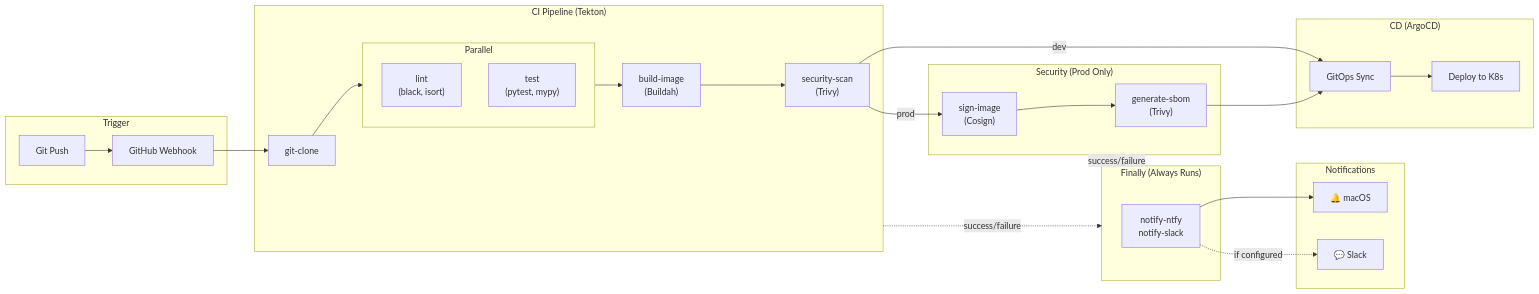
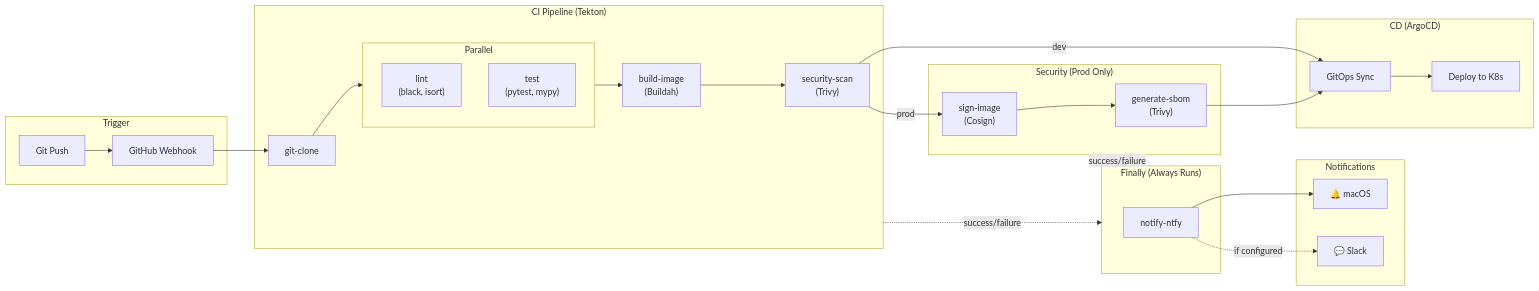
Before and after one commit to Deim0s13/newsbrief: the ninth of 11 diagrams in docs/ARCHITECTURE.md, drawn with Mermaid. The commit also changed 8 other files, not shown here.

First line of the commit message:
fix(tekton): drop Slack from pipelines; ntfy curl errors; idempotency tests

````diff
--- a/docs/ARCHITECTURE.md
+++ b/docs/ARCHITECTURE.md
@@ -824,54 +824,54 @@
 ```mermaid
 flowchart LR
     subgraph Trigger["Trigger"]
         Push["Git Push"]
         Webhook["GitHub Webhook"]
     end
 
     subgraph CI["CI Pipeline (Tekton)"]
         Clone["git-clone"]
 
         subgraph Parallel["Parallel"]
             Lint["lint<br/>(black, isort)"]
             Test["test<br/>(pytest, mypy)"]
         end
 
         Build["build-image<br/>(Buildah)"]
         Scan["security-scan<br/>(Trivy)"]
     end
 
     subgraph Security["Security (Prod Only)"]
         Sign["sign-image<br/>(Cosign)"]
         SBOM["generate-sbom<br/>(Trivy)"]
     end
 
     subgraph CD["CD (ArgoCD)"]
         Sync["GitOps Sync"]
         Deploy["Deploy to K8s"]
     end
 
     subgraph Finally["Finally (Always Runs)"]
-        Notify["notify-ntfy<br/>notify-slack"]
+        Notify["notify-ntfy"]
     end
 
     subgraph Delivery["Notifications"]
         macOS["🔔 macOS"]
         Slack["💬 Slack"]
     end
 
     Push --> Webhook
     Webhook --> Clone
     Clone --> Parallel
     Parallel --> Build
     Build --> Scan
     Scan -->|"dev"| Sync
     Scan -->|"prod"| Sign
     Sign --> SBOM
     SBOM --> Sync
     Sync --> Deploy
 
     CI -.->|"success/failure"| Finally
     Security -.->|"success/failure"| Finally
     Notify --> macOS
     Notify -.->|"if configured"| Slack
 ```
````
